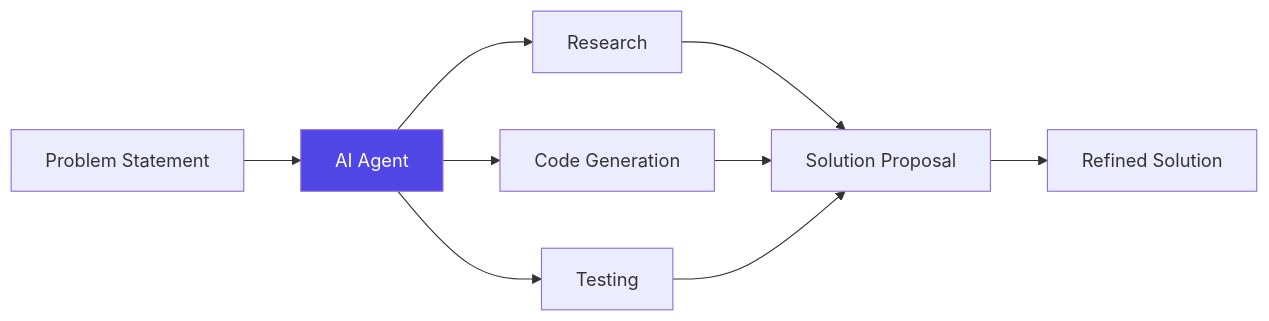
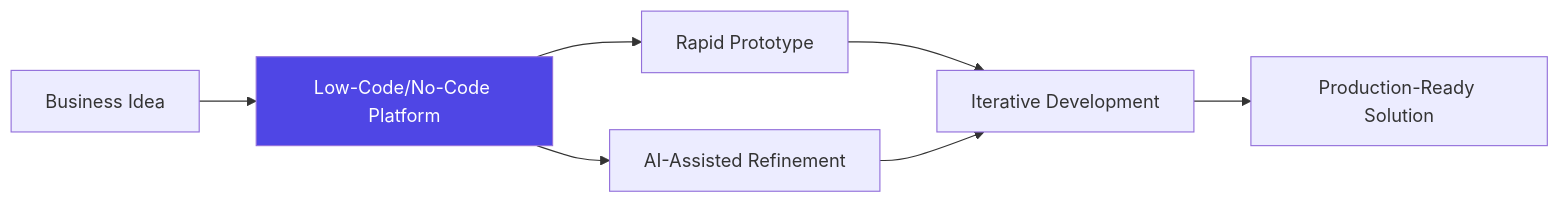
The diagram in src/slides/slides.md (RedLegDev/vibe-coding-presentation), drawn with Mermaid before and after one commit. The commit also changed other lines of this file, not shown here.

````diff
--- a/src/slides/slides.md
+++ b/src/slides/slides.md
@@ -157,12 +164,10 @@
 ```mermaid
 graph LR
-  A[Problem Statement] --> B[AI Agent]
-  B --> C[Research]
-  B --> D[Code Generation]
-  B --> E[Testing]
-  C --> F[Solution Proposal]
-  D --> F
-  E --> F
-  F --> G[Refined Solution]
+  A[Business Idea] --> B[Low-Code/No-Code Platform]
+  B --> C[Rapid Prototype]
+  B --> D[AI-Assisted Refinement]
+  C --> E[Iterative Development]
+  D --> E
+  E --> F[Production-Ready Solution]
   style B fill:#4f46e5,color:#fff
 ```
````
